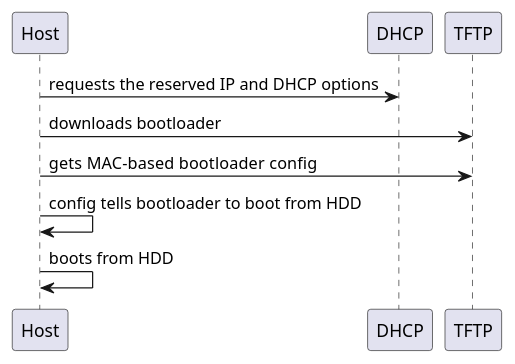
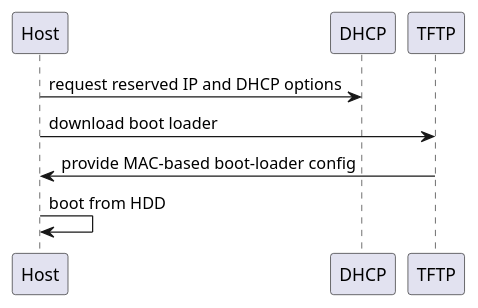
Before and after one commit to theforeman/foreman-documentation: the diagram in guides/image-sources/prov-first-local-boot-pxe.iuml, drawn with PlantUML. The commit also changed 5 other files, not shown here.

```diff
--- a/guides/image-sources/prov-first-local-boot-pxe.iuml
+++ b/guides/image-sources/prov-first-local-boot-pxe.iuml
@@ -1,5 +1,4 @@
-Host -> DHCP : requests the reserved IP and DHCP options
-Host -> TFTP : downloads bootloader
-Host -> TFTP : gets  MAC-based bootloader config
-Host -> Host : config tells bootloader to boot from HDD
-Host -> Host : boots from HDD
+Host -> DHCP : request reserved IP and DHCP options
+Host -> TFTP : download boot loader
+TFTP -> Host : provide MAC-based boot-loader config
+Host -> Host : boot from HDD
```
